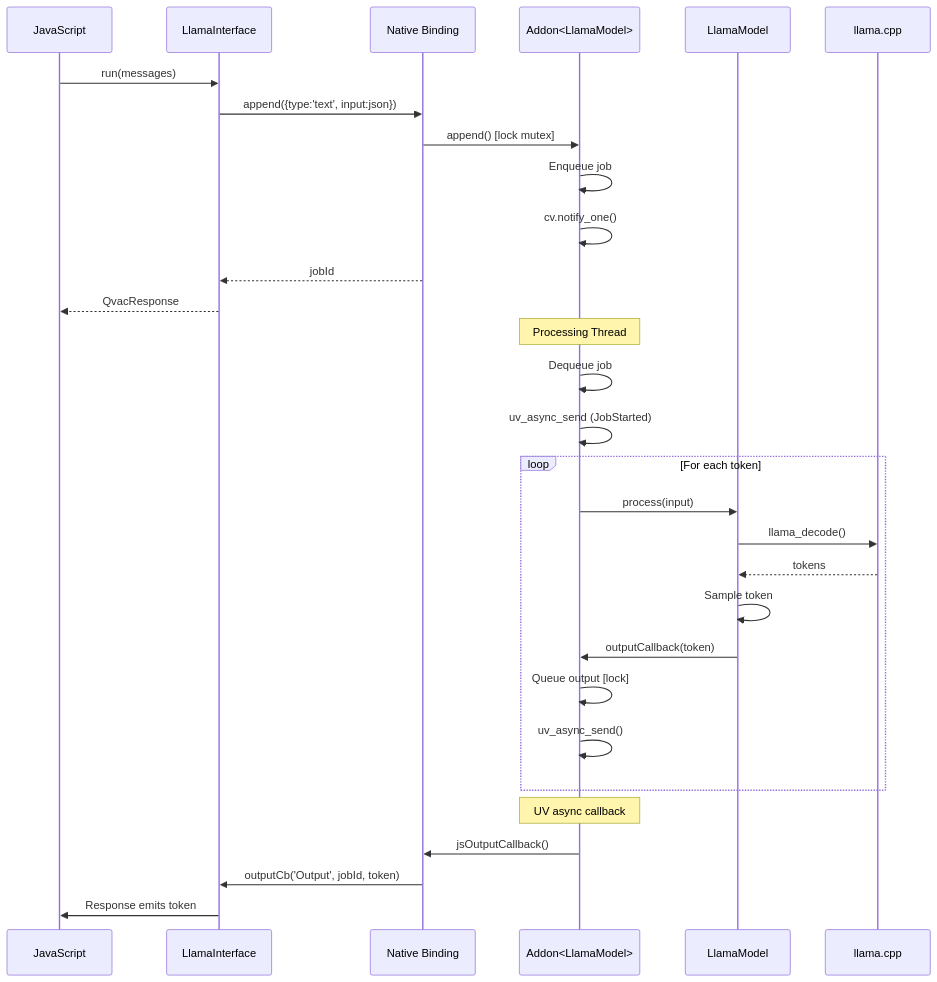
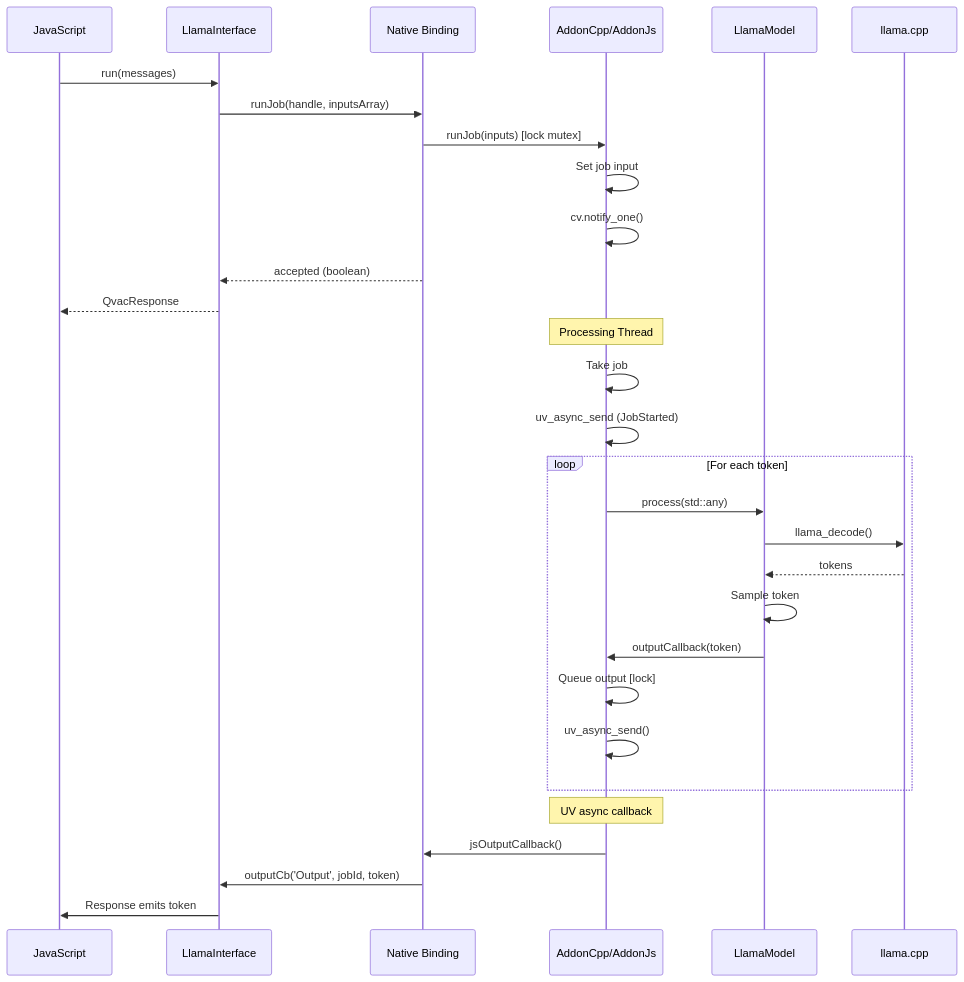
One commit to tetherto/qvac changed the fourth of 4 diagrams in packages/qvac-lib-infer-llamacpp-llm/docs/architecture.md. Above: the diagram before and after it, drawn with Mermaid. The commit also changed other lines of this file and 2 other files, not shown here.

````diff
--- a/packages/qvac-lib-infer-llamacpp-llm/docs/architecture.md
+++ b/packages/qvac-lib-infer-llamacpp-llm/docs/architecture.md
@@ -397,36 +397,36 @@
 ```mermaid
 sequenceDiagram
     participant JS as JavaScript
     participant IF as LlamaInterface
     participant Bind as Native Binding
-    participant Addon as Addon<LlamaModel>
+    participant Addon as AddonCpp/AddonJs
     participant Model as LlamaModel
     participant Llama as llama.cpp
     
     JS->>IF: run(messages)
-    IF->>Bind: append({type:'text', input:json})
-    Bind->>Addon: append() [lock mutex]
-    Addon->>Addon: Enqueue job
+    IF->>Bind: runJob(handle, inputsArray)
+    Bind->>Addon: runJob(inputs) [lock mutex]
+    Addon->>Addon: Set job input
     Addon->>Addon: cv.notify_one()
-    Bind-->>IF: jobId
+    Bind-->>IF: accepted (boolean)
     IF-->>JS: QvacResponse
     
     Note over Addon: Processing Thread
-    Addon->>Addon: Dequeue job
+    Addon->>Addon: Take job
     Addon->>Addon: uv_async_send (JobStarted)
     
     loop For each token
-        Addon->>Model: process(input)
+        Addon->>Model: process(std::any)
         Model->>Llama: llama_decode()
         Llama-->>Model: tokens
         Model->>Model: Sample token
         Model->>Addon: outputCallback(token)
         Addon->>Addon: Queue output [lock]
         Addon->>Addon: uv_async_send()
     end
     
     Note over Addon: UV async callback
     Addon->>Bind: jsOutputCallback()
     Bind->>IF: outputCb('Output', jobId, token)
     IF->>JS: Response emits token
 ```
````
